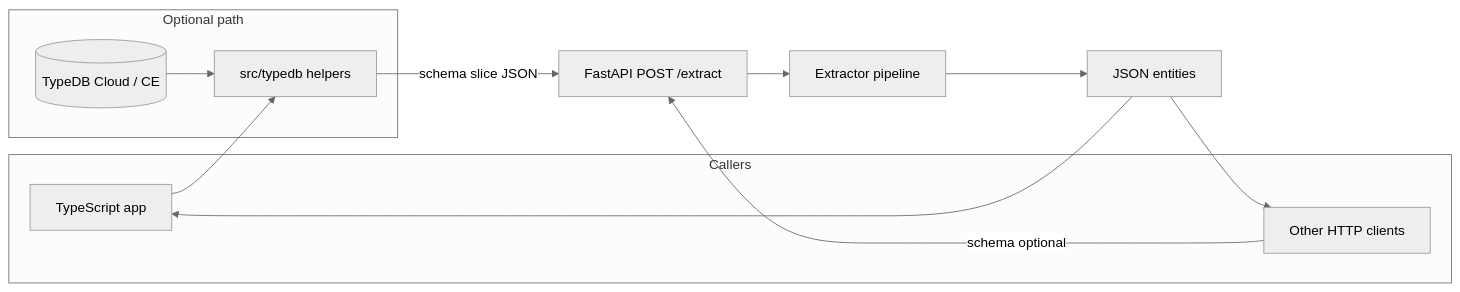
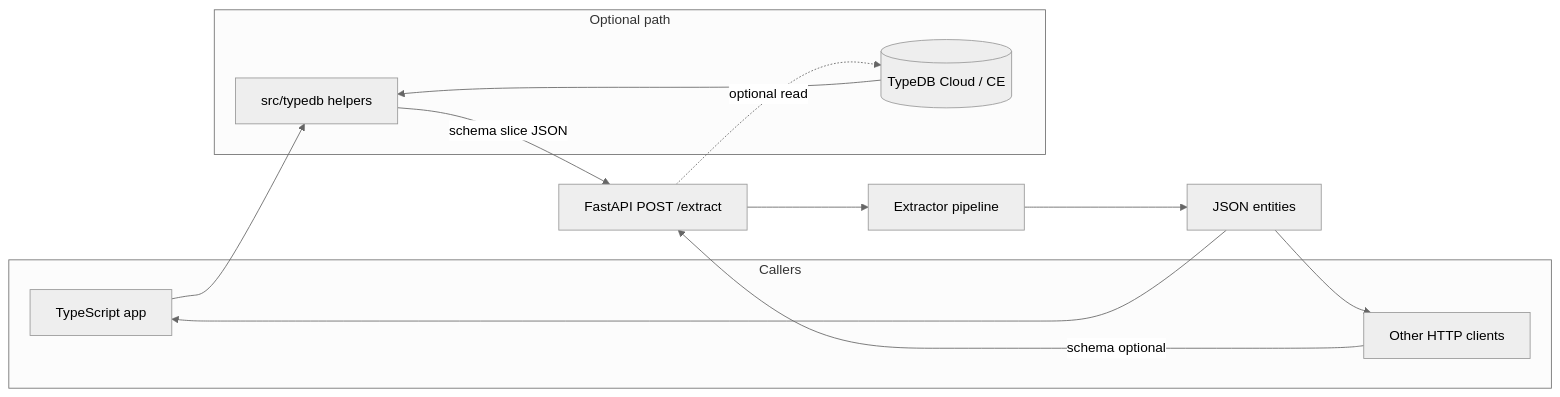
Before and after one commit to Studio13-NYC/entity-service: the diagram in docs/USER_AND_AGENT_GUIDE.md, drawn with Mermaid (neutral theme). The commit also changed other lines of this file and 31 other files, not shown here.

First line of the commit message:
Release v0.0.4: schema pipeline, workflows doc, ops tooling

````diff
--- a/docs/USER_AND_AGENT_GUIDE.md
+++ b/docs/USER_AND_AGENT_GUIDE.md
@@ -33,22 +39,23 @@
 ```mermaid
 flowchart LR
   subgraph callers [Callers]
     TS[TypeScript app]
     Other[Other HTTP clients]
   end
 
   subgraph optional [Optional path]
     TDB[(TypeDB Cloud / CE)]
     THelpers[src/typedb helpers]
     TDB --> THelpers
   end
 
   TS --> THelpers
   THelpers -->|schema slice JSON| API
   Other -->|schema optional| API
   API[FastAPI POST /extract]
   API --> Pipe[Extractor pipeline]
   Pipe --> Resp[JSON entities]
   Resp --> TS
   Resp --> Other
+  API -. optional read .-> TDB
 ```
````
